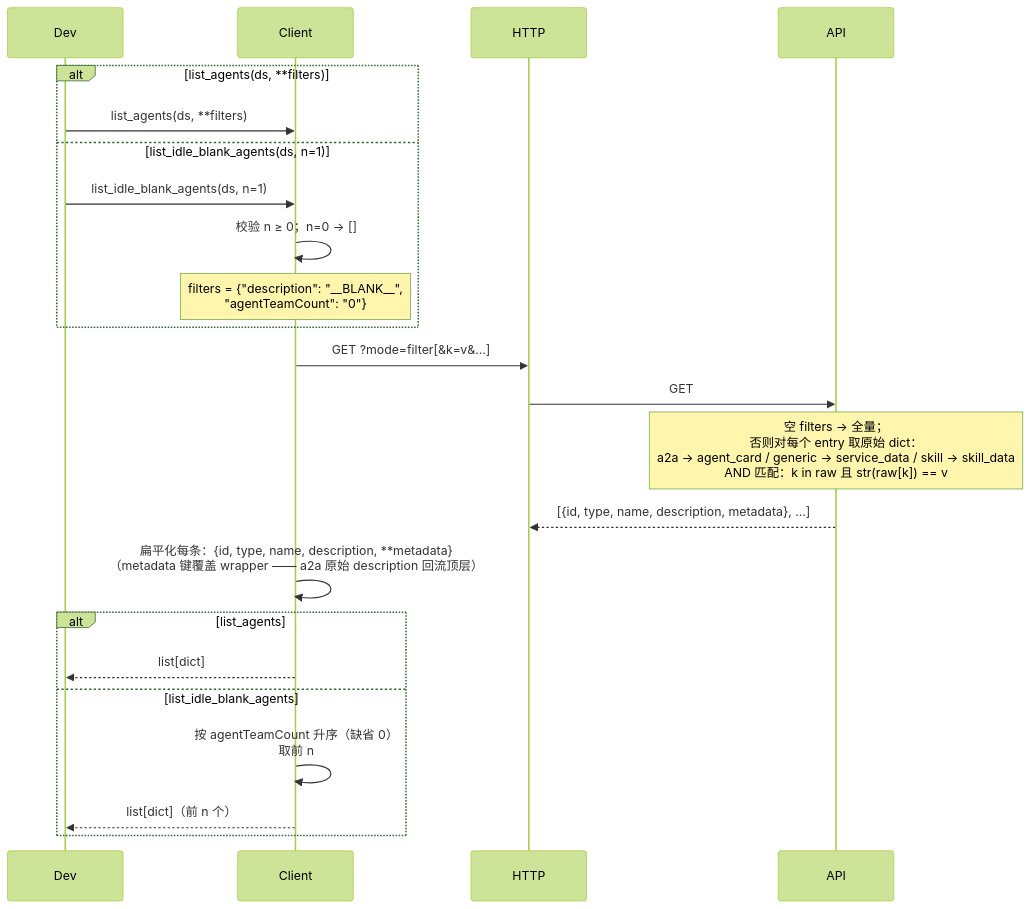
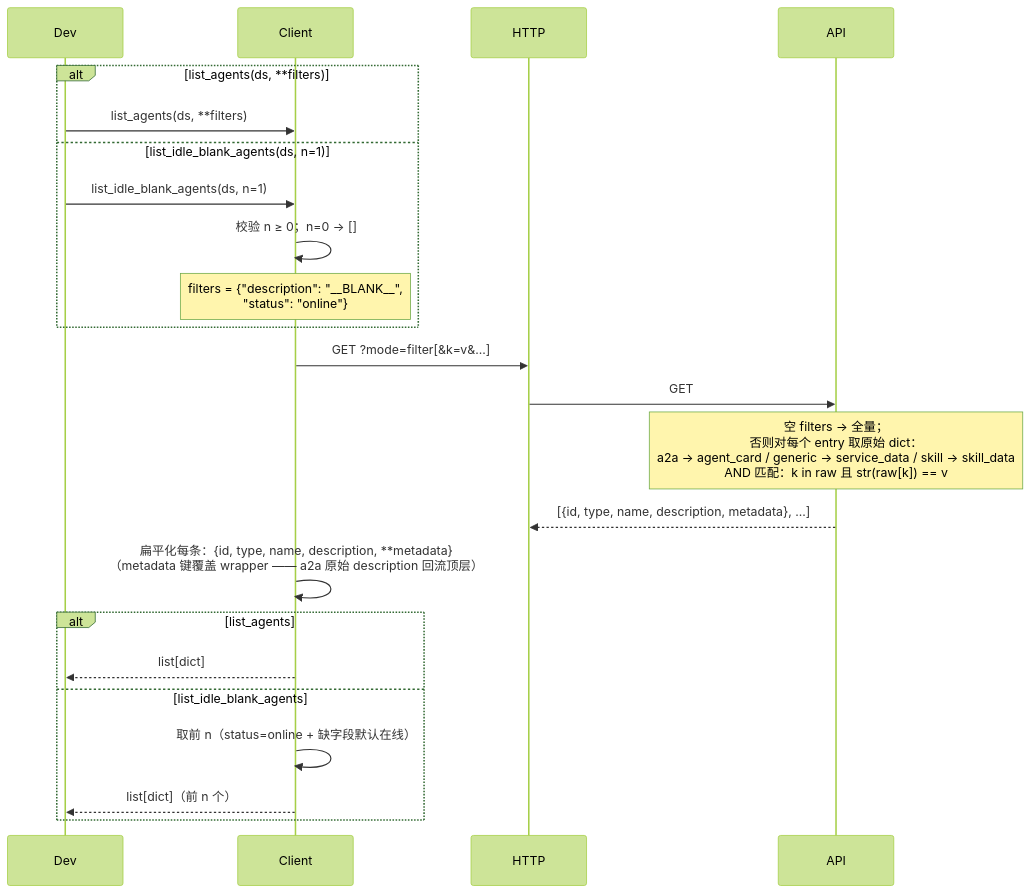
One commit to Weizheng96/A2X-registry changed the seventh of 7 diagrams in docs/client_design.md. Above: the diagram before and after it, drawn with Mermaid (forest theme). The commit also changed other lines of this file and 30 other files, not shown here.

````diff
--- a/docs/client_design.md
+++ b/docs/client_design.md
@@ -660,26 +662,26 @@
 ```mermaid
 sequenceDiagram
     participant Dev
     participant Client
     participant HTTP
     participant API
 
     alt list_agents(ds, **filters)
         Dev->>Client: list_agents(ds, **filters)
     else list_idle_blank_agents(ds, n=1)
         Dev->>Client: list_idle_blank_agents(ds, n=1)
         Client->>Client: 校验 n ≥ 0；n=0 → []
-        Note over Client: filters = {"description": "__BLANK__",<br/>"agentTeamCount": "0"}
+        Note over Client: filters = {"description": "__BLANK__",<br/>"status": "online"}
     end
     Client->>HTTP: GET ?mode=filter[&k=v&...]
     HTTP->>API: GET
     Note over API: 空 filters → 全量；<br/>否则对每个 entry 取原始 dict：<br/>a2a → agent_card / generic → service_data / skill → skill_data<br/>AND 匹配：k in raw 且 str(raw[k]) == v
     API-->>HTTP: [{id, type, name, description, metadata}, ...]
     Client->>Client: 扁平化每条：{id, type, name, description, **metadata}<br/>（metadata 键覆盖 wrapper —— a2a 原始 description 回流顶层）
     alt list_agents
         Client-->>Dev: list[dict]
     else list_idle_blank_agents
-        Client->>Client: 按 agentTeamCount 升序（缺省 0）<br/>取前 n
+        Client->>Client: 取前 n（status=online + 缺字段默认在线）
         Client-->>Dev: list[dict]（前 n 个）
     end
 ```
````
